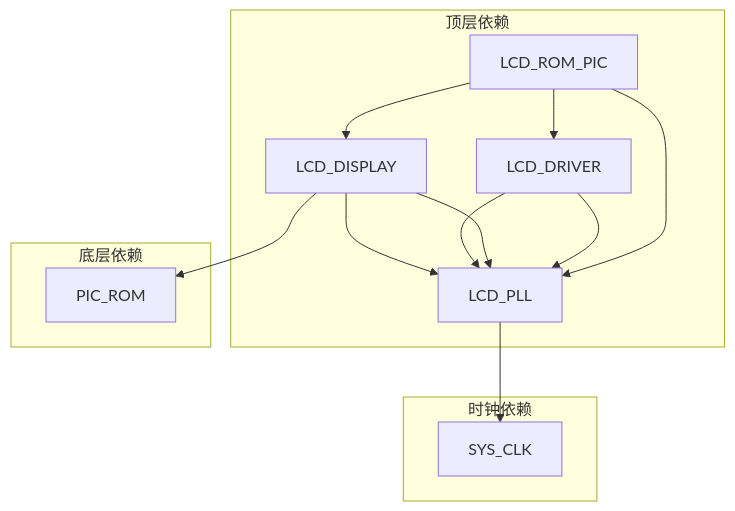
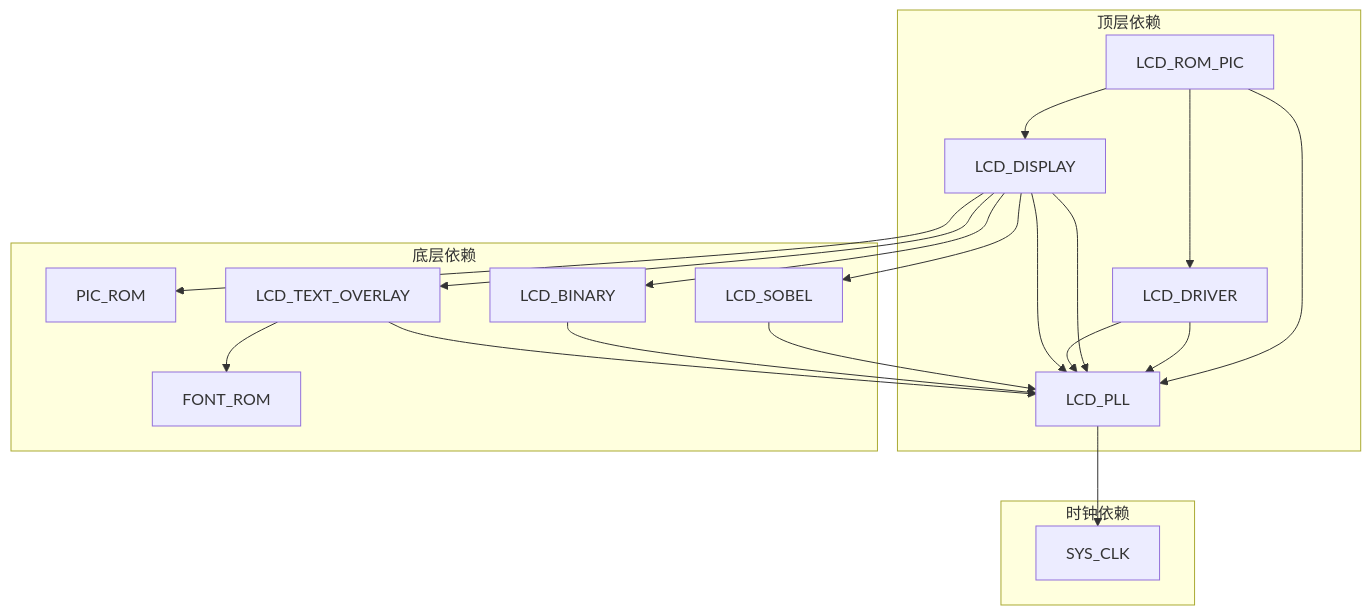
Diagram 12 of 13 in .qoder/repowiki/zh/content/系统架构/显示驱动系统.md (soupherexd/LCD_ROM_PIC), drawn with Mermaid before and after one commit. The commit also changed other lines of this file and 5 other files, not shown here.

````diff
--- a/.qoder/repowiki/zh/content/系统架构/显示驱动系统.md
+++ b/.qoder/repowiki/zh/content/系统架构/显示驱动系统.md
@@ -287,18 +438,25 @@
 ```mermaid
 graph TB
 subgraph "顶层依赖"
 LCD_ROM_PIC --> LCD_PLL
 LCD_ROM_PIC --> LCD_DRIVER
 LCD_ROM_PIC --> LCD_DISPLAY
 end
 subgraph "底层依赖"
 LCD_DRIVER --> LCD_PLL
 LCD_DISPLAY --> LCD_PLL
 LCD_DISPLAY --> PIC_ROM
+LCD_DISPLAY --> LCD_SOBEL
+LCD_DISPLAY --> LCD_BINARY
+LCD_DISPLAY --> LCD_TEXT_OVERLAY
+LCD_TEXT_OVERLAY --> FONT_ROM
 end
 subgraph "时钟依赖"
 LCD_PLL --> SYS_CLK
 LCD_DRIVER --> LCD_PLL
 LCD_DISPLAY --> LCD_PLL
+LCD_SOBEL --> LCD_PLL
+LCD_BINARY --> LCD_PLL
+LCD_TEXT_OVERLAY --> LCD_PLL
 end
 ```
````
